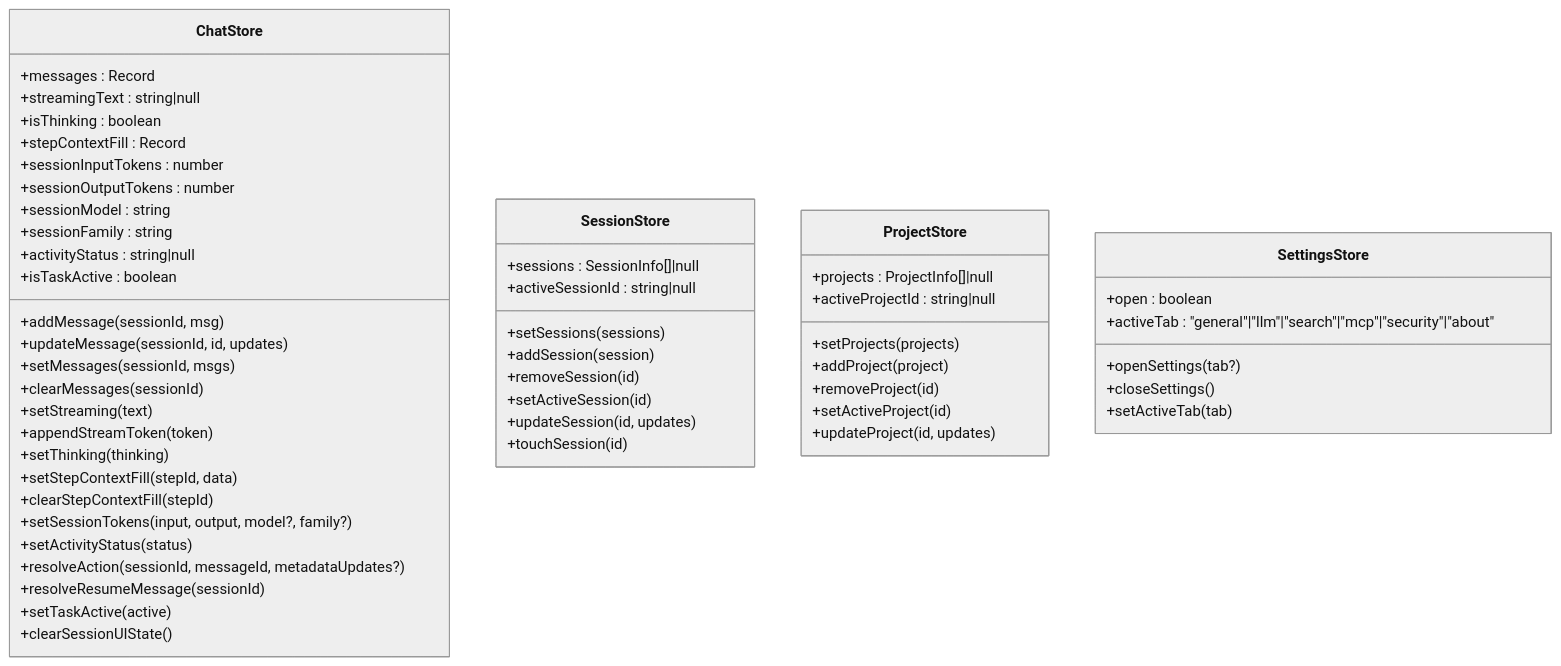
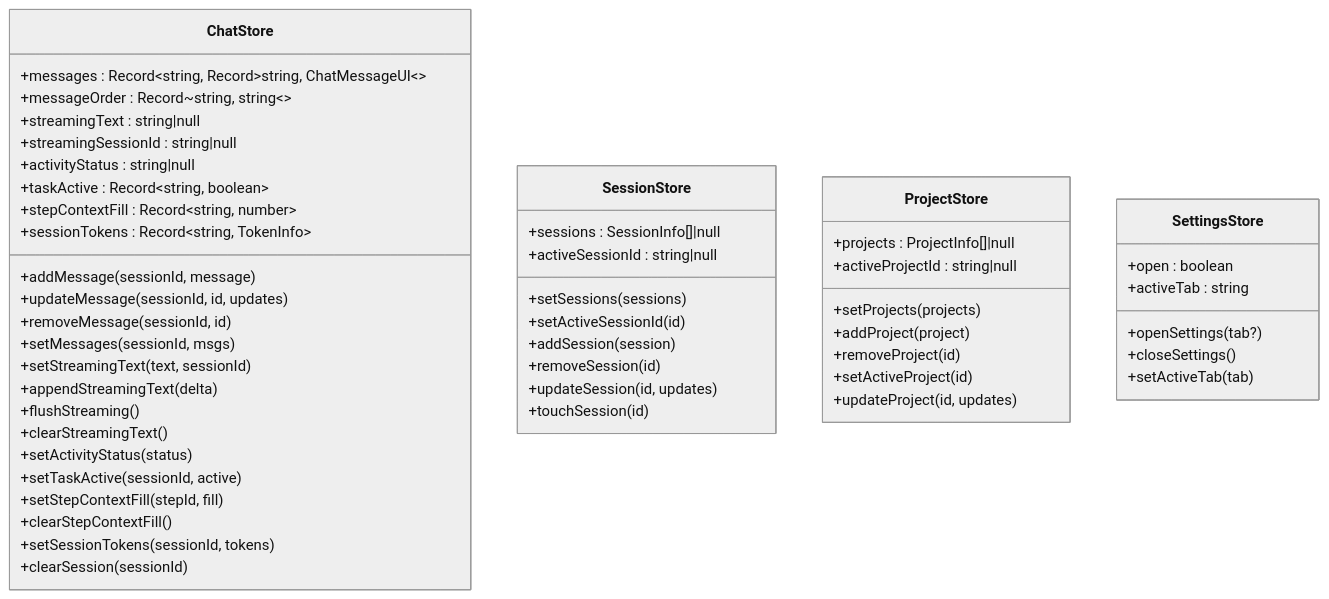
The third of 7 diagrams in .qoder/repowiki/en/content/Architecture/Frontend Application Architecture.md (v0lka/c0wrk), drawn with Mermaid (neutral theme) before and after one commit. The commit also changed other lines of this file and 13 other files, not shown here.

````diff
--- a/.qoder/repowiki/en/content/Architecture/Frontend Application Architecture.md
+++ b/.qoder/repowiki/en/content/Architecture/Frontend Application Architecture.md
@@ -212,56 +230,53 @@
 ```mermaid
 classDiagram
 class ChatStore {
-+messages : Record<string, ChatMessageUI[]>
++messages : Record~string, Record~string, ChatMessageUI~~
++messageOrder : Record~string, string~~
 +streamingText : string|null
-+isThinking : boolean
-+stepContextFill : Record<string, ContextFillState>
-+sessionInputTokens : number
-+sessionOutputTokens : number
-+sessionModel : string
-+sessionFamily : string
++streamingSessionId : string|null
 +activityStatus : string|null
-+isTaskActive : boolean
-+addMessage(sessionId, msg)
++taskActive : Record~string, boolean~
++stepContextFill : Record~string, number~
++sessionTokens : Record~string, TokenInfo~
++addMessage(sessionId, message)
 +updateMessage(sessionId, id, updates)
++removeMessage(sessionId, id)
 +setMessages(sessionId, msgs)
-+clearMessages(sessionId)
-+setStreaming(text)
-+appendStreamToken(token)
-+setThinking(thinking)
-+setStepContextFill(stepId, data)
-+clearStepContextFill(stepId)
-+setSessionTokens(input, output, model?, family?)
++setStreamingText(text, sessionId)
++appendStreamingText(delta)
++flushStreaming()
++clearStreamingText()
 +setActivityStatus(status)
-+resolveAction(sessionId, messageId, metadataUpdates?)
-+resolveResumeMessage(sessionId)
-+setTaskActive(active)
-+clearSessionUIState()
++setTaskActive(sessionId, active)
++setStepContextFill(stepId, fill)
++clearStepContextFill()
++setSessionTokens(sessionId, tokens)
++clearSession(sessionId)
 }
 class SessionStore {
 +sessions : SessionInfo[]|null
 +activeSessionId : string|null
 +setSessions(sessions)
++setActiveSessionId(id)
 +addSession(session)
 +removeSession(id)
-+setActiveSession(id)
 +updateSession(id, updates)
 +touchSession(id)
 }
 class ProjectStore {
 +projects : ProjectInfo[]|null
 +activeProjectId : string|null
 +setProjects(projects)
 +addProject(project)
 +removeProject(id)
 +setActiveProject(id)
 +updateProject(id, updates)
 }
 class SettingsStore {
 +open : boolean
-+activeTab : "general"|"llm"|"search"|"mcp"|"security"|"about"
++activeTab : string
 +openSettings(tab?)
 +closeSettings()
 +setActiveTab(tab)
 }
 ```
````
